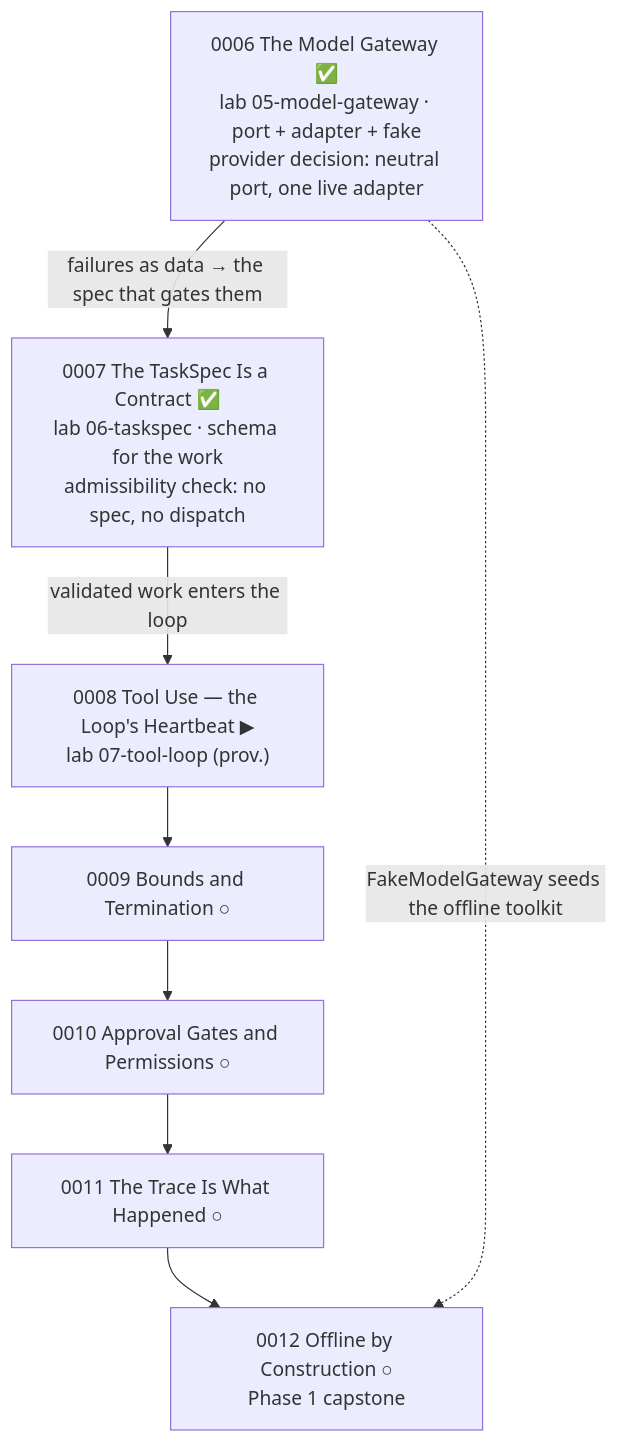
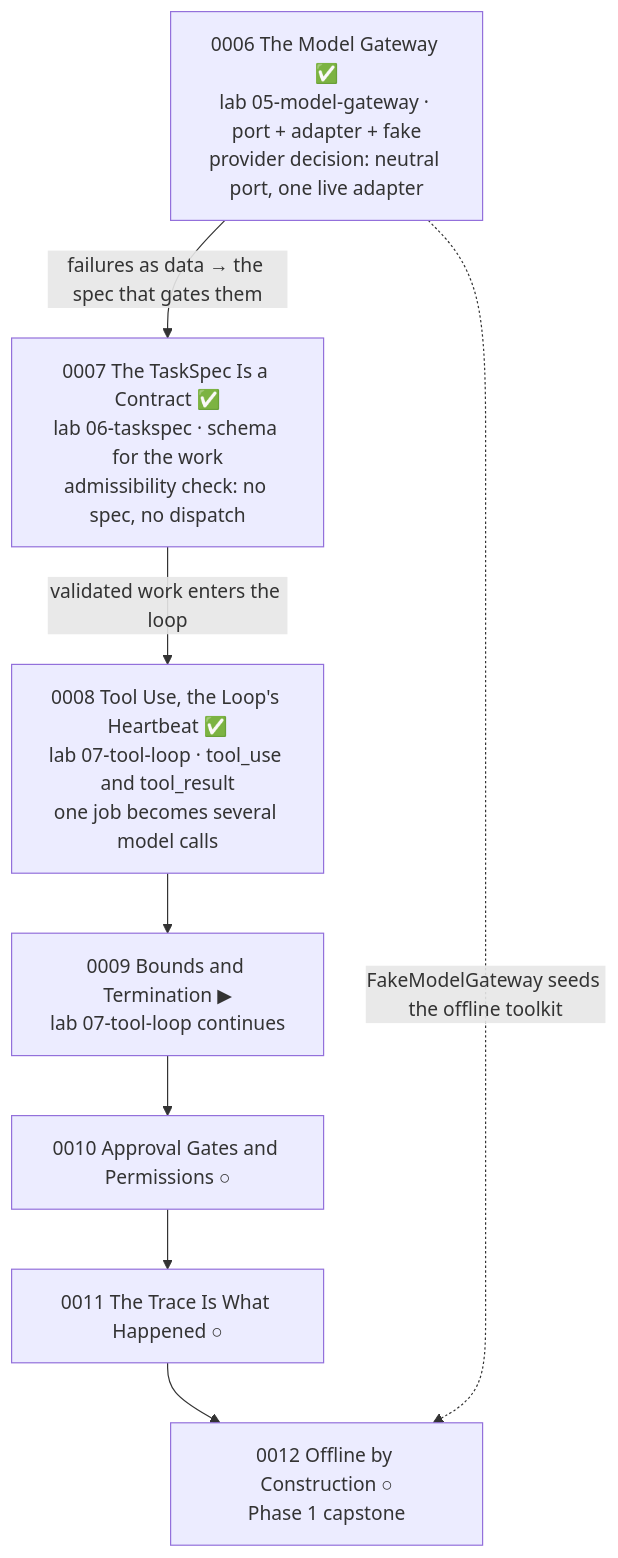
Before and after one commit to JozsefKiss90/TS: the third of 4 diagrams in wiki/course/course-module-graph.md, drawn with Mermaid. The commit also changed other lines of this file and 22 other files, not shown here.

First line of the commit message:
Lesson 0008 — Tool Use, the Loop's Heartbeat, lab 07-tool-loop

````diff
--- a/wiki/course/course-module-graph.md
+++ b/wiki/course/course-module-graph.md
@@ -54,14 +54,14 @@
 ```mermaid
 flowchart TD
     M6["0006 The Model Gateway ✅<br/>lab 05-model-gateway · port + adapter + fake<br/>provider decision: neutral port, one live adapter"]
     M7["0007 The TaskSpec Is a Contract ✅<br/>lab 06-taskspec · schema for the work<br/>admissibility check: no spec, no dispatch"]
-    M8["0008 Tool Use — the Loop's Heartbeat ▶<br/>lab 07-tool-loop (prov.)"]
-    M9["0009 Bounds and Termination ○"]
+    M8["0008 Tool Use, the Loop's Heartbeat ✅<br/>lab 07-tool-loop · tool_use and tool_result<br/>one job becomes several model calls"]
+    M9["0009 Bounds and Termination ▶<br/>lab 07-tool-loop continues"]
     M10["0010 Approval Gates and Permissions ○"]
     M11["0011 The Trace Is What Happened ○"]
     M12["0012 Offline by Construction ○<br/>Phase 1 capstone"]
     M6 -->|"failures as data → the spec that gates them"| M7
     M7 -->|"validated work enters the loop"| M8
     M8 --> M9 --> M10 --> M11 --> M12
     M6 -.->|"FakeModelGateway seeds the offline toolkit"| M12
 ```
````
